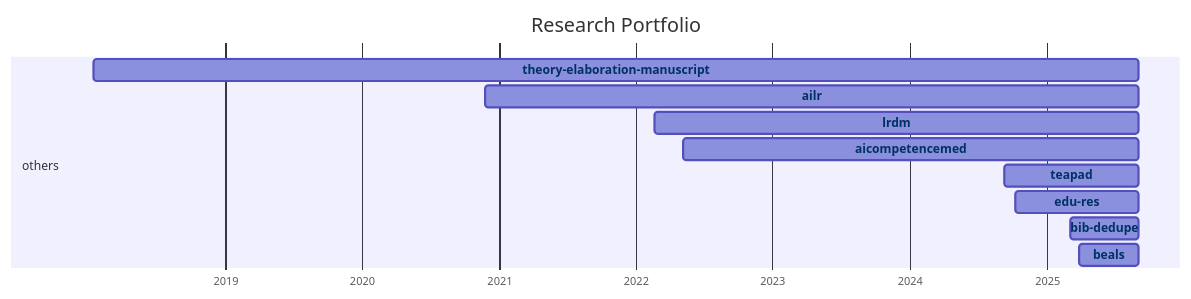
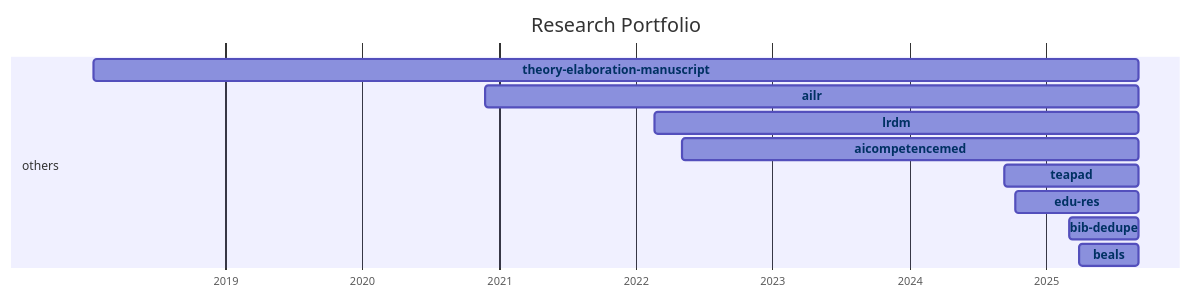
The diagram in docs/20-research/25-projects-gantt.md (digital-work-lab/handbook), drawn with Mermaid before and after one commit. The commit also changed 1 other file, not shown here.

Commit message:
Update repository overview

````diff
--- a/docs/20-research/25-projects-gantt.md
+++ b/docs/20-research/25-projects-gantt.md
@@ -8,35 +8,35 @@
 ```mermaid
 ---
 displayMode: compact
 ---
 gantt
 title Research Portfolio
 dateFormat YYYY-MM-DD
 axisFormat %Y
 
     section work_practices
 
     section distributed_organizing
 
     section knowledge_synthesis
 
     section others
-        beals :beals, 2025-03-28, 2025-09-03
-        bib-dedupe :bib-dedupe, 2025-03-04, 2025-09-03
-        edu-res :edu-res, 2024-10-10, 2025-09-03
-        teapad :teapad, 2024-09-10, 2025-09-03
-        aicompetencemed :aicompetencemed, 2022-05-06, 2025-09-03
-        lrdm :lrdm, 2022-02-20, 2025-09-03
-        ailr :ailr, 2020-11-26, 2025-09-03
-        theory-elaboration-manuscript :theory-elaboration-manuscript, 2018-01-15, 2025-09-03
+        beals :beals, 2025-03-28, 2025-09-04
+        bib-dedupe :bib-dedupe, 2025-03-04, 2025-09-04
+        edu-res :edu-res, 2024-10-10, 2025-09-04
+        teapad :teapad, 2024-09-10, 2025-09-04
+        aicompetencemed :aicompetencemed, 2022-05-06, 2025-09-04
+        lrdm :lrdm, 2022-02-20, 2025-09-04
+        ailr :ailr, 2020-11-26, 2025-09-04
+        theory-elaboration-manuscript :theory-elaboration-manuscript, 2018-01-15, 2025-09-04
 
 
     click beals href "{{ site.baseurl }}/docs/10-lab/18-resources/beals.html"
     click bib-dedupe href "{{ site.baseurl }}/docs/10-lab/18-resources/bib-dedupe.html"
     click edu-res href "{{ site.baseurl }}/docs/10-lab/18-resources/edu-res.html"
     click teapad href "{{ site.baseurl }}/docs/10-lab/18-resources/teapad.html"
     click aicompetencemed href "{{ site.baseurl }}/docs/10-lab/18-resources/aicompetencemed.html"
     click lrdm href "{{ site.baseurl }}/docs/10-lab/18-resources/lrdm.html"
     click ailr href "{{ site.baseurl }}/docs/10-lab/18-resources/ailr.html"
     click theory-elaboration-manuscript href "{{ site.baseurl }}/docs/10-lab/18-resources/theory-elaboration-manuscript.html"
 ```
````
